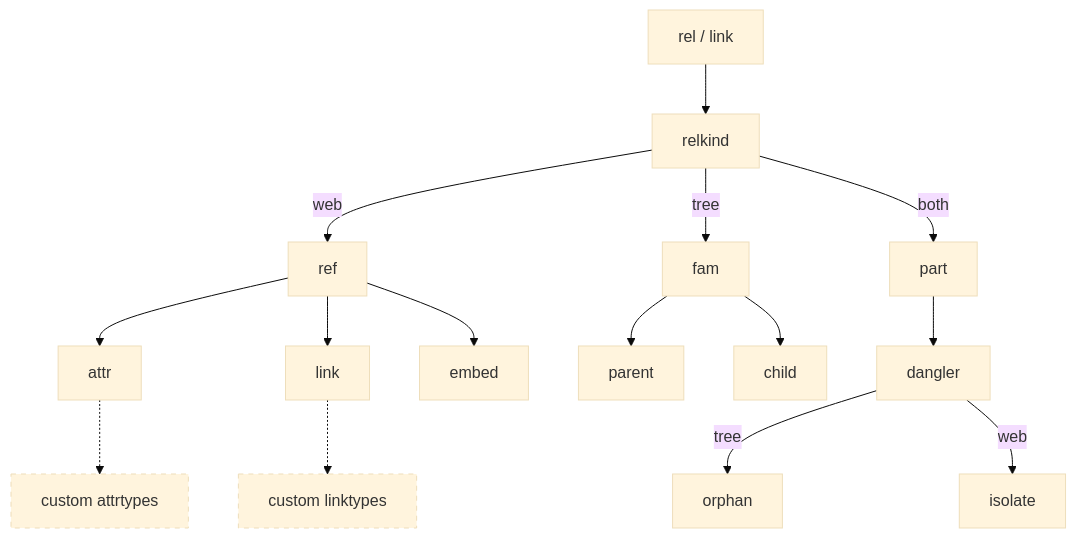
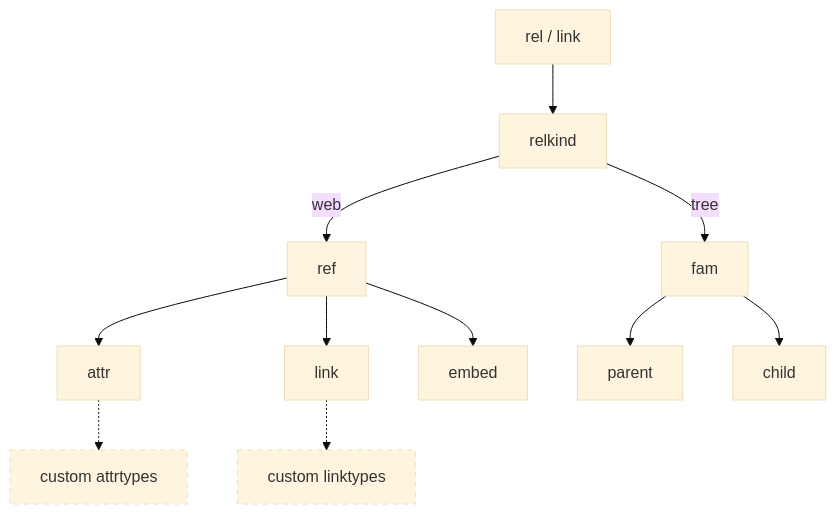
One commit to wikibonsai/wikibonsai changed the third of 4 diagrams in docs/TERMS.md. Above: the diagram before and after it, drawn with Mermaid (base theme). The commit also changed other lines of this file, not shown here.

Commit message:
ref: add 'docstate' and relevant reorgs to 'TERMS.md'.

````diff
--- a/docs/TERMS.md
+++ b/docs/TERMS.md
@@ -100,25 +120,20 @@
 ```mermaid
 graph TD;
   id1[rel / link]    --> id2[relkind];
 
   id2[relkind]  --web--> id3[ref];
   id2[relkind] --tree--> id4[fam];
-  id2[relkind] --both--> id5[part];
 
-  id3[ref]           --> id6[attr];
-  id3[ref]           --> id7[link];
-  id3[ref]           --> id8[embed];
+  id3[ref]           --> id5[attr];
+  id3[ref]           --> id6[link];
+  id3[ref]           --> id7[embed];
 
-  id6[attr]         -.-> id9[custom attrtypes];
-  id7[link]         -.-> id10[custom linktypes];
+  id5[attr]         -.-> id8[custom attrtypes];
+  id6[link]         -.-> id9[custom linktypes];
 
-  id4[fam]           --> id11[parent];
-  id4[fam]           --> id12[child];
-  id5[part]          --> id13[dangler];
+  id4[fam]           --> id10[parent];
+  id4[fam]           --> id11[child];
 
-  id13[dangler] --tree--> id14[orphan];
-  id13[dangler]  --web--> id15[isolate];
-
+  style id8 stroke-dasharray: 5 5;
   style id9 stroke-dasharray: 5 5;
-  style id10 stroke-dasharray: 5 5;
 ```
````
